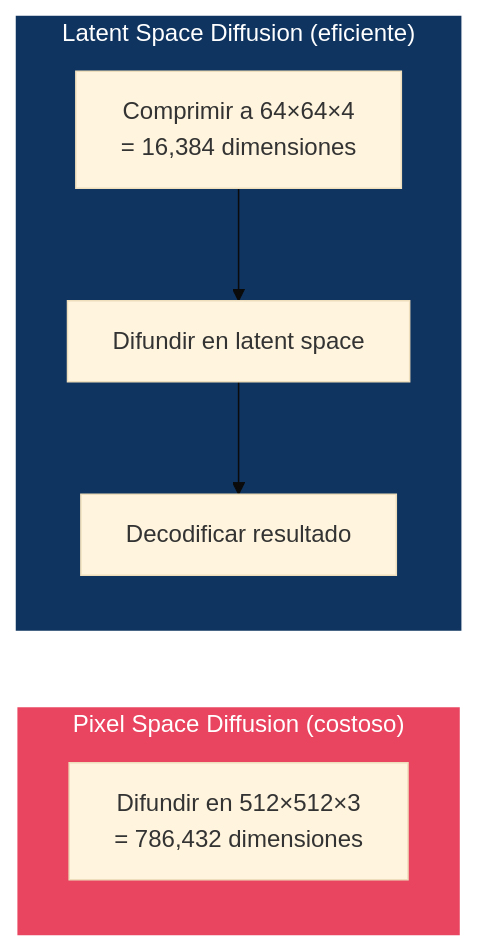
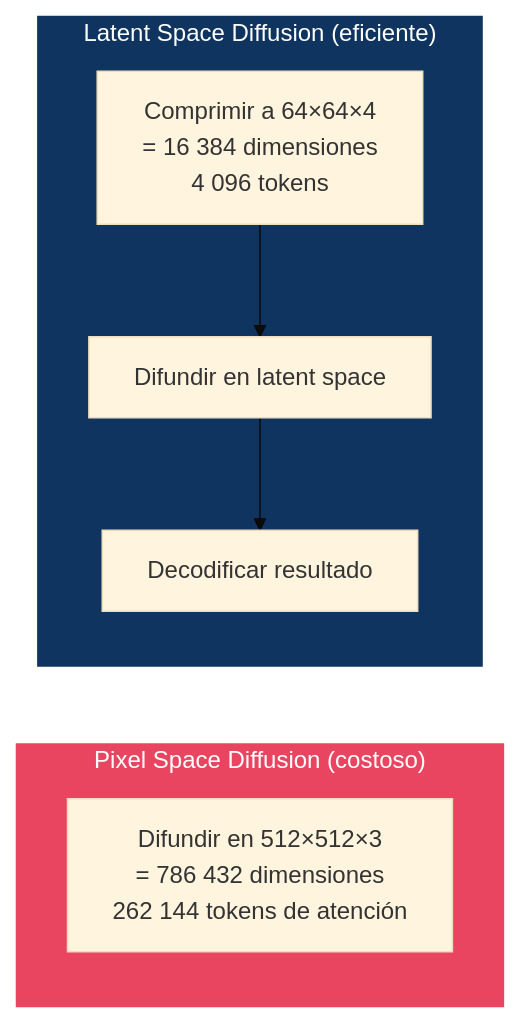
The first of 6 diagrams in 05-latent-diffusion/README.md (DavidDevGt/DifusionReal), drawn with Mermaid (base theme) before and after one commit. The commit also changed other lines of this file, not shown here.

````diff
--- a/05-latent-diffusion/README.md
+++ b/05-latent-diffusion/README.md
@@ -36,15 +44,15 @@
 ```mermaid
 graph LR
     subgraph Pixel ["Pixel Space Diffusion (costoso)"]
-        P1["Difundir en 512×512×3<br/>= 786,432 dimensiones"]
+        P1["Difundir en 512×512×3<br/>= 786 432 dimensiones<br/>262 144 tokens de atención"]
     end
     subgraph Latent ["Latent Space Diffusion (eficiente)"]
-        L1["Comprimir a 64×64×4<br/>= 16,384 dimensiones"]
+        L1["Comprimir a 64×64×4<br/>= 16 384 dimensiones<br/>4 096 tokens"]
         L2["Difundir en latent space"]
         L3["Decodificar resultado"]
         L1 --> L2 --> L3
     end
 
     style Pixel fill:#e94560,stroke:#fff,color:#fff
     style Latent fill:#0f3460,stroke:#fff,color:#fff
 ```
````
